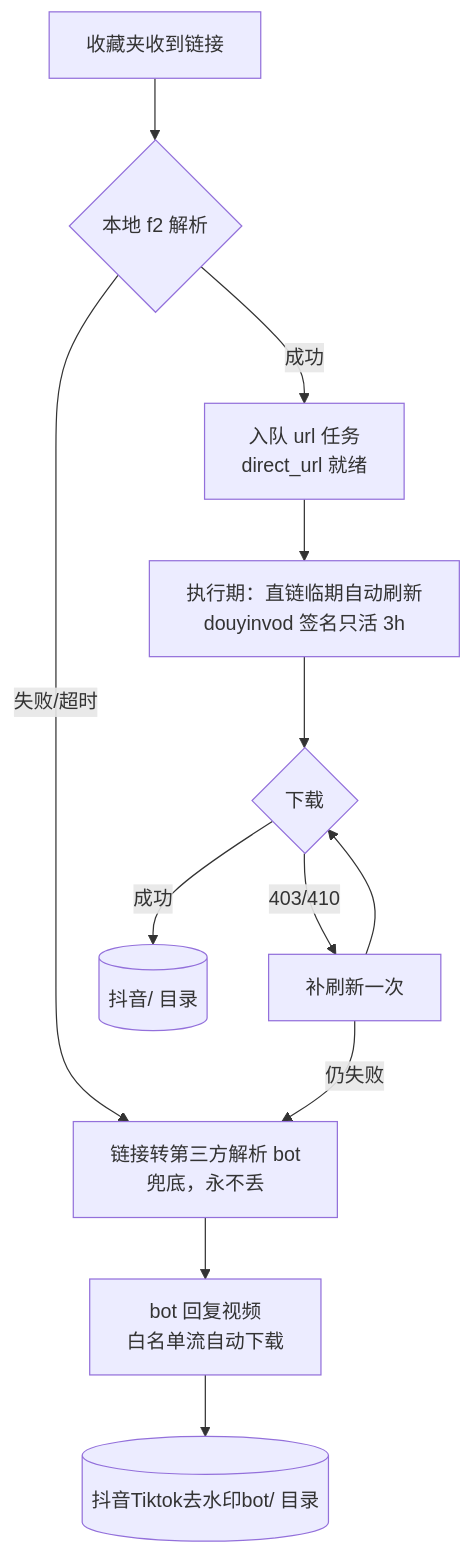
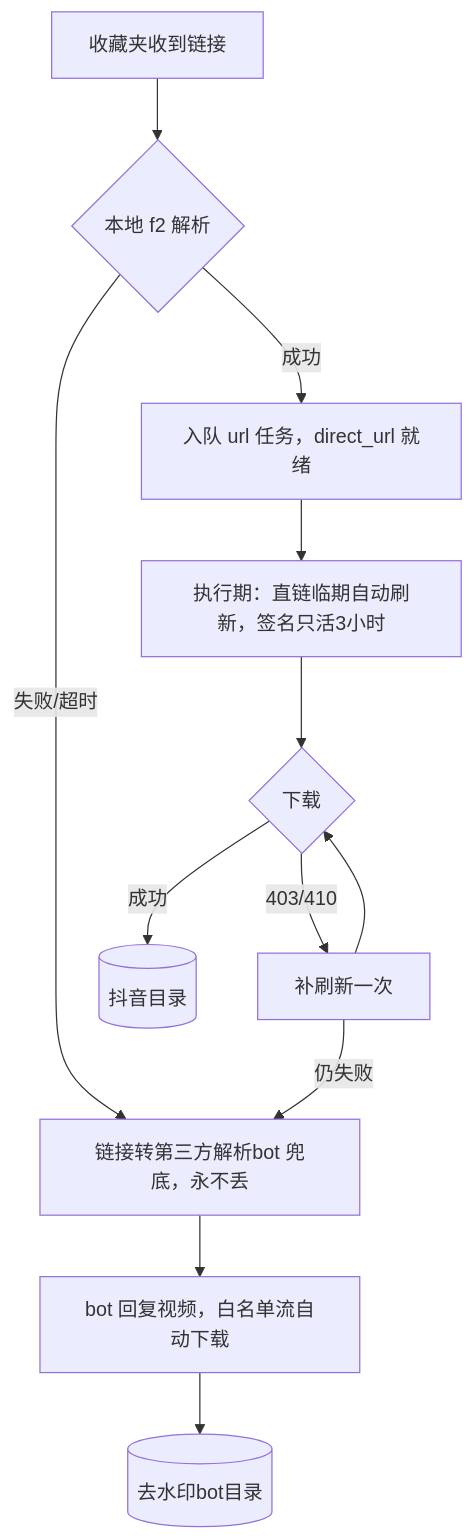
Before and after one commit to Hoiyook/tg_userbot: the third of 9 diagrams in docs/下载链路操作指引.md, drawn with Mermaid. The commit also changed other lines of this file, not shown here.

Commit message:
文档：操作指引全部 mermaid 重写为最大兼容写法（消灭纯数字节点ID、梯形斜杠开头、stateDiagram 的 br、& 多源连线、序列图别名括号——低版本解析器报 Error parsing Mermaid diagram 的根类）

````diff
--- a/docs/下载链路操作指引.md
+++ b/docs/下载链路操作指引.md
@@ -110,13 +116,13 @@
 ```mermaid
 flowchart TD
-    A[收藏夹收到链接] --> B{本地 f2 解析}
-    B -- 成功 --> C[入队 url 任务<br/>direct_url 就绪]
-    B -- 失败/超时 --> D[链接转第三方解析 bot<br/>兜底，永不丢]
-    C --> E[执行期：直链临期自动刷新<br/>douyinvod 签名只活 3h]
-    E --> F{下载}
-    F -- 403/410 --> G[补刷新一次] --> F
-    G -- 仍失败 --> D
-    F -- 成功 --> H[(抖音/ 目录)]
-    D --> I[bot 回复视频<br/>白名单流自动下载]
-    I --> J[(抖音Tiktok去水印bot/ 目录)]
+    A["收藏夹收到链接"] --> B{"本地 f2 解析"}
+    B -- "成功" --> C["入队 url 任务，direct_url 就绪"]
+    B -- "失败/超时" --> D["链接转第三方解析bot 兜底，永不丢"]
+    C --> E["执行期：直链临期自动刷新，签名只活3小时"]
+    E --> F{"下载"}
+    F -- "403/410" --> G["补刷新一次"] --> F
+    G -- "仍失败" --> D
+    F -- "成功" --> H[("抖音目录")]
+    D --> I["bot 回复视频，白名单流自动下载"]
+    I --> J[("去水印bot目录")]
 ```
````
